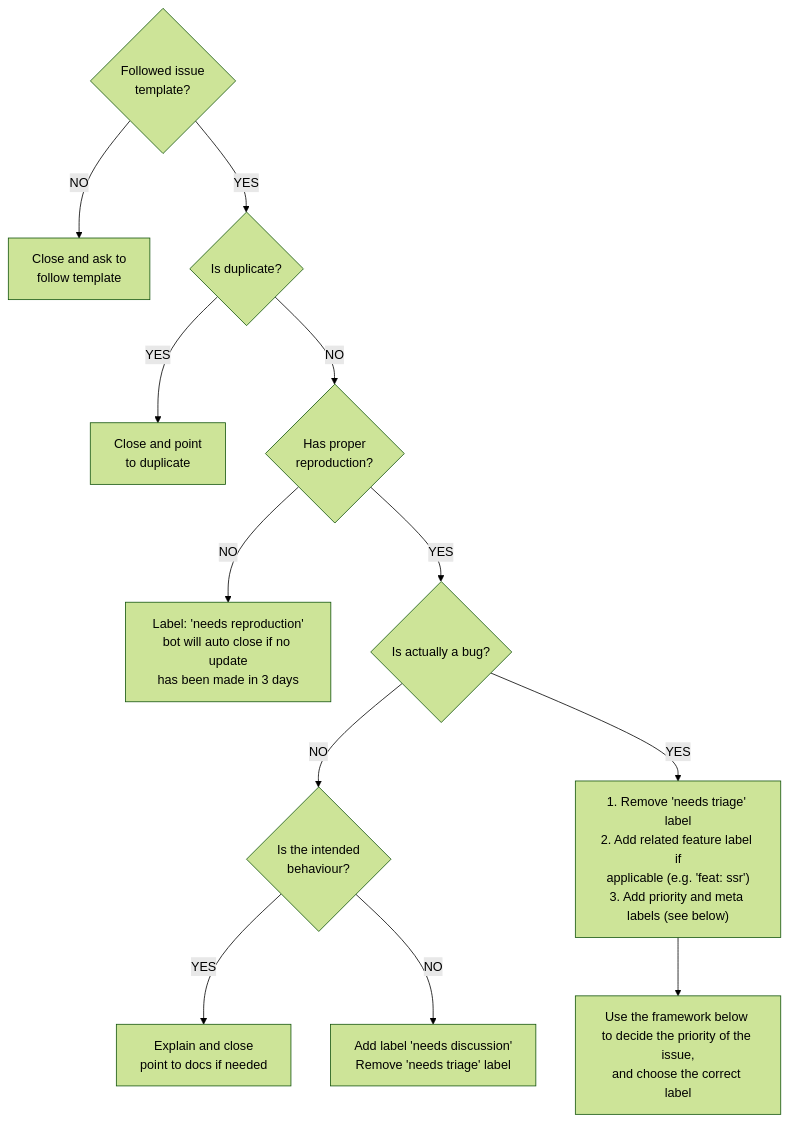
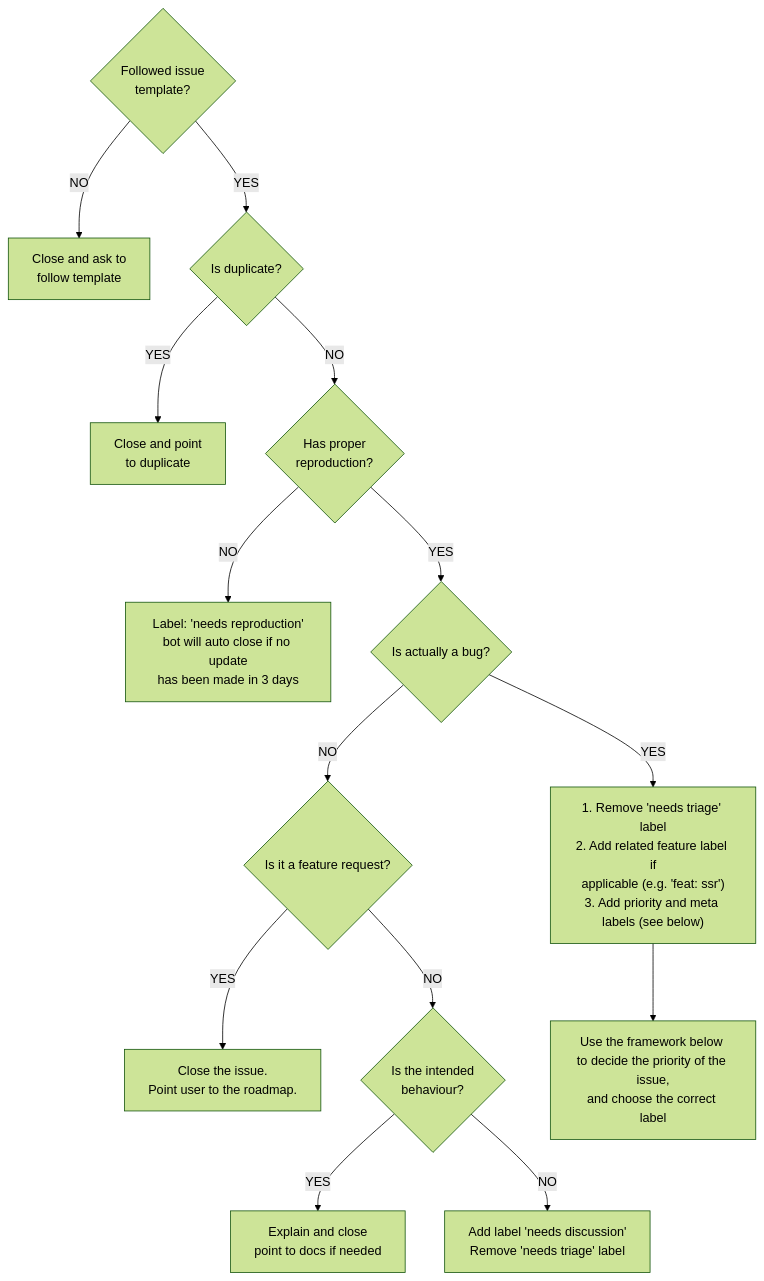
Before and after one commit to withastro/astro: the diagram in CONTRIBUTING.md, drawn with Mermaid (forest theme).

Commit message:
account for feature request

````diff
--- a/CONTRIBUTING.md
+++ b/CONTRIBUTING.md
@@ -178,16 +178,18 @@
 ```mermaid
 graph TD;
     start{Followed issue\ntemplate?}
     start --NO--> close1[Close and ask to\nfollow template]
     start --YES--> dupe{Is duplicate?}
     dupe --YES--> close2[Close and point\nto duplicate]
     dupe --NO--> repro{Has proper\nreproduction?}
     repro --NO--> close3[Label: 'needs reproduction'\nbot will auto close if no update\nhas been made in 3 days]
     repro --YES--> real{Is actually a bug?}
-    real --NO--> intended{Is the intended\nbehaviour?}
+    real --NO--> maybefeat{Is it a feature request?}
+    maybefeat -- YES --> roadmap[Close the issue.\n Point user to the roadmap.]
+    maybefeat -- NO --> intended{Is the intended\nbehaviour?}
     intended --YES--> explain[Explain and close\npoint to docs if needed]
     intended --NO--> open[Add label 'needs discussion'\nRemove 'needs triage' label]
     real --YES--> real2["1. Remove 'needs triage' label\n2. Add related feature label if\napplicable (e.g. 'feat: ssr')\n3. Add priority and meta labels (see below)"]
     real2 --> tolabel[Use the framework below to decide the priority of the issue,\nand choose the correct label]
 
 ```
````
